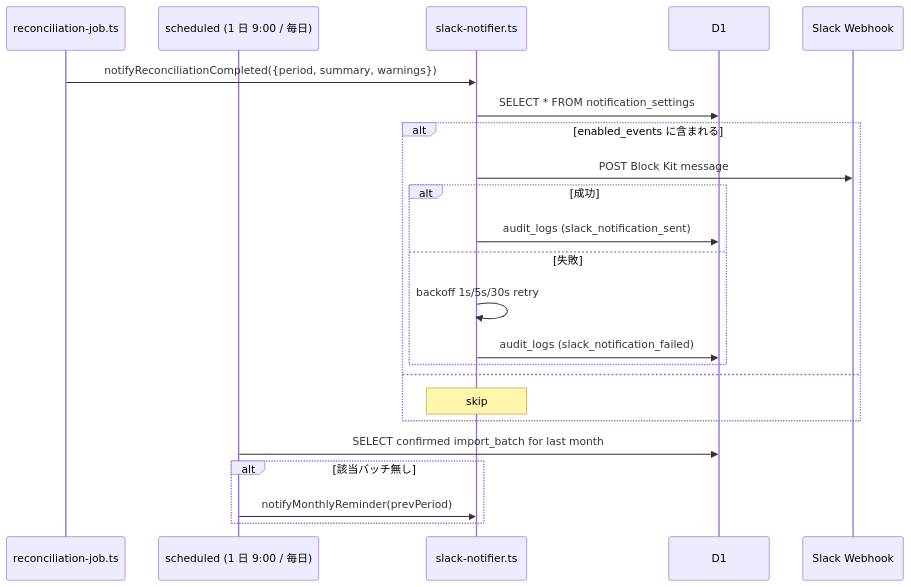
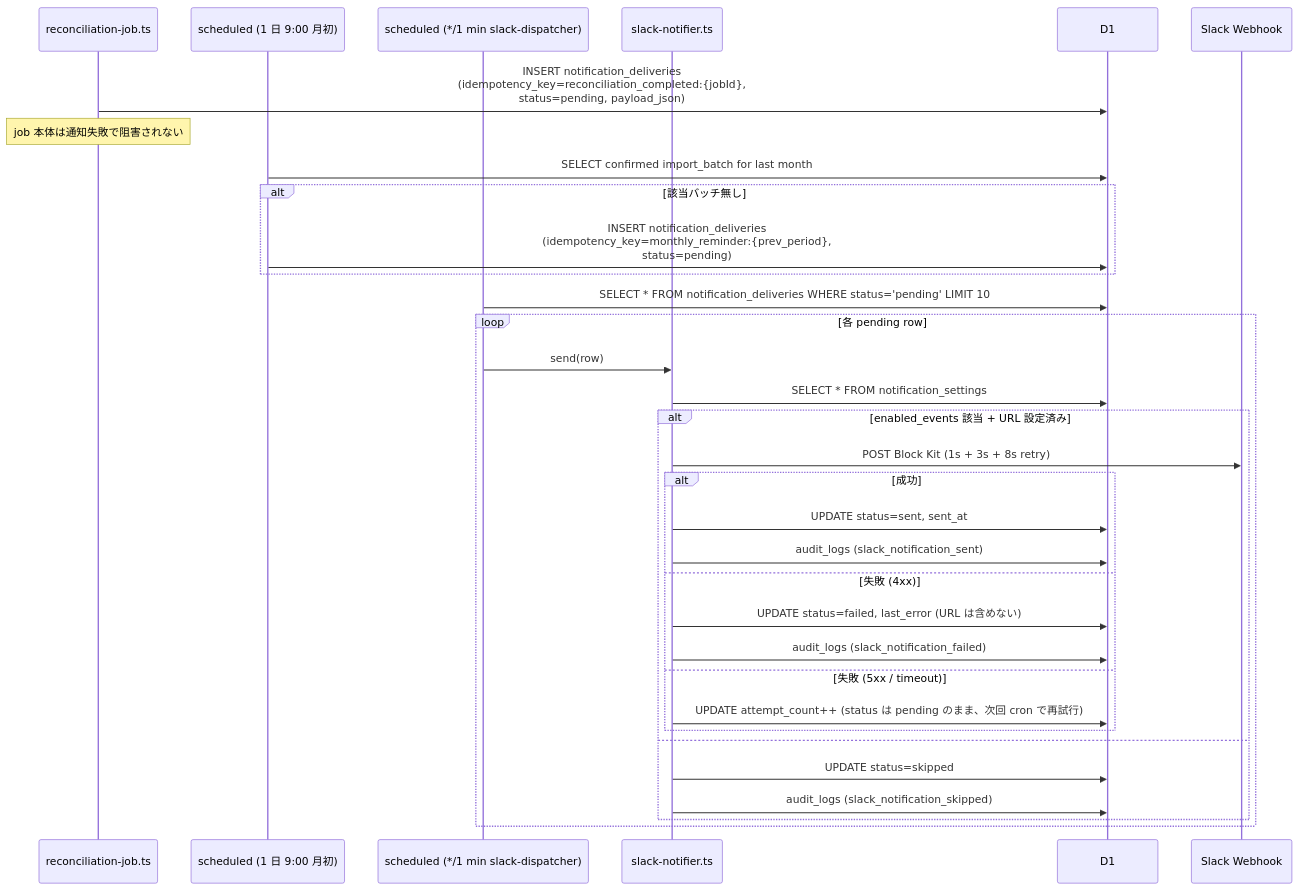
Before and after one commit to saku1024/steelo-invoice: the third of 4 diagrams in .kiro/specs/phase3-intelligence/design.md, drawn with Mermaid. The commit also changed other lines of this file and 3 other files, not shown here.

````diff
--- a/.kiro/specs/phase3-intelligence/design.md
+++ b/.kiro/specs/phase3-intelligence/design.md
@@ -150,27 +159,38 @@
 ```mermaid
 sequenceDiagram
     participant Job as reconciliation-job.ts
-    participant Cron as scheduled (1 日 9:00 / 毎日)
+    participant Cron1 as scheduled (1 日 9:00 月初)
+    participant Cron2 as scheduled (*/1 min slack-dispatcher)
     participant Notif as slack-notifier.ts
     participant DB as D1
     participant SK as Slack Webhook
 
-    Job->>Notif: notifyReconciliationCompleted({period, summary, warnings})
-    Notif->>DB: SELECT * FROM notification_settings
-    alt enabled_events に含まれる
-        Notif->>SK: POST Block Kit message
-        alt 成功
-            Notif->>DB: audit_logs (slack_notification_sent)
-        else 失敗
-            Notif->>Notif: backoff 1s/5s/30s retry
-            Notif->>DB: audit_logs (slack_notification_failed)
-        end
-    else
-        Note over Notif: skip
+    Job->>DB: INSERT notification_deliveries<br/>(idempotency_key=reconciliation_completed:{jobId},<br/> status=pending, payload_json)
+    Note over Job: job 本体は通知失敗で阻害されない
+
+    Cron1->>DB: SELECT confirmed import_batch for last month
+    alt 該当バッチ無し
+        Cron1->>DB: INSERT notification_deliveries<br/>(idempotency_key=monthly_reminder:{prev_period},<br/> status=pending)
     end
 
-    Cron->>DB: SELECT confirmed import_batch for last month
-    alt 該当バッチ無し
-        Cron->>Notif: notifyMonthlyReminder(prevPeriod)
+    Cron2->>DB: SELECT * FROM notification_deliveries WHERE status='pending' LIMIT 10
+    loop 各 pending row
+        Cron2->>Notif: send(row)
+        Notif->>DB: SELECT * FROM notification_settings
+        alt enabled_events 該当 + URL 設定済み
+            Notif->>SK: POST Block Kit (1s + 3s + 8s retry)
+            alt 成功
+                Notif->>DB: UPDATE status=sent, sent_at
+                Notif->>DB: audit_logs (slack_notification_sent)
+            else 失敗 (4xx)
+                Notif->>DB: UPDATE status=failed, last_error (URL は含めない)
+                Notif->>DB: audit_logs (slack_notification_failed)
+            else 失敗 (5xx / timeout)
+                Notif->>DB: UPDATE attempt_count++ (status は pending のまま、次回 cron で再試行)
+            end
+        else
+            Notif->>DB: UPDATE status=skipped
+            Notif->>DB: audit_logs (slack_notification_skipped)
+        end
     end
 ```
````
